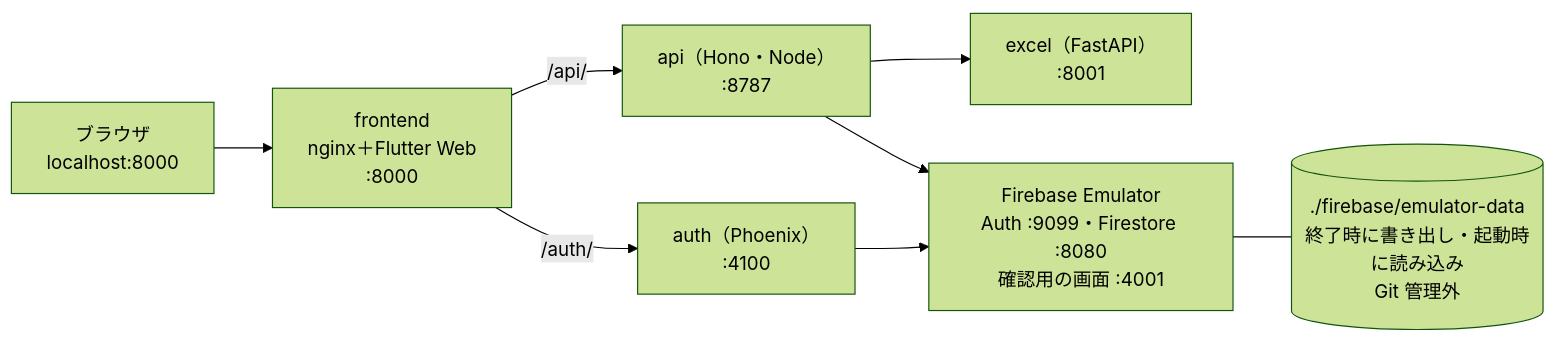
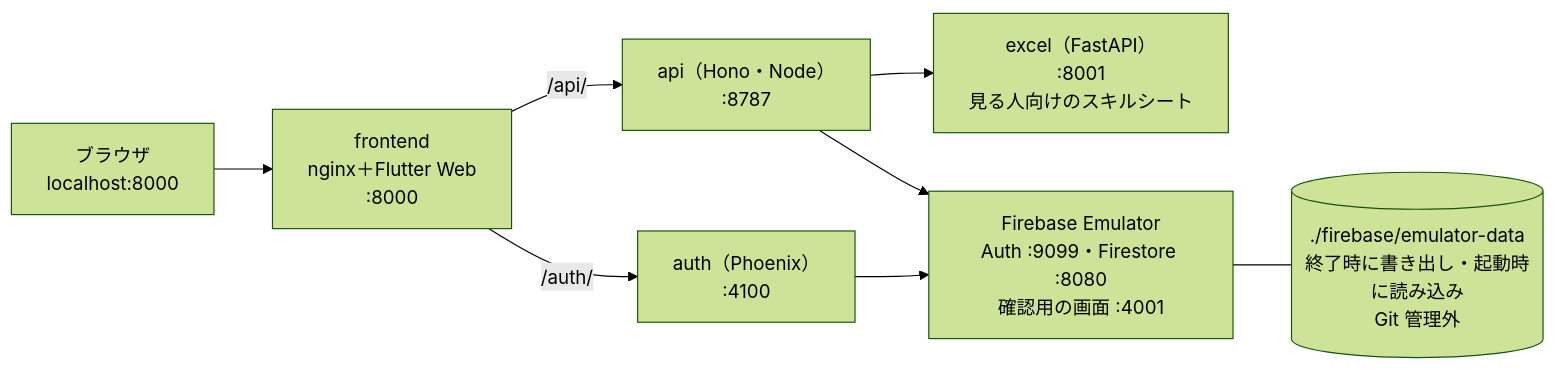
Before and after one commit to sigu-f7a231/dev-portfolio-site: the second of 3 diagrams in docs/plan/architecture.md, drawn with Mermaid (forest theme). The commit also changed other lines of this file and 132 other files, not shown here.

First line of the commit message:
作業中：段階 4〜6（Phoenix の認証・ログイン画面とマイページ・Excel と FastAPI）・Makefile・疎通の確認（CI で確かめるための作業ブランチ）

````diff
--- a/docs/plan/architecture.md
+++ b/docs/plan/architecture.md
@@ -42,10 +42,10 @@
 ```mermaid
 flowchart LR
   browser["ブラウザ<br/>localhost:8000"] --> nginx["frontend<br/>nginx＋Flutter Web<br/>:8000"]
   nginx -- "/auth/" --> phx["auth（Phoenix）<br/>:4100"]
   nginx -- "/api/" --> hono["api（Hono・Node）<br/>:8787"]
-  hono --> fapi["excel（FastAPI）<br/>:8001"]
+  hono --> fapi["excel（FastAPI）<br/>:8001<br/>見る人向けのスキルシート"]
   phx --> emu["Firebase Emulator<br/>Auth :9099・Firestore :8080<br/>確認用の画面 :4001"]
   hono --> emu
   emu --- vol[("./firebase/emulator-data<br/>終了時に書き出し・起動時に読み込み<br/>Git 管理外")]
 ```
````
